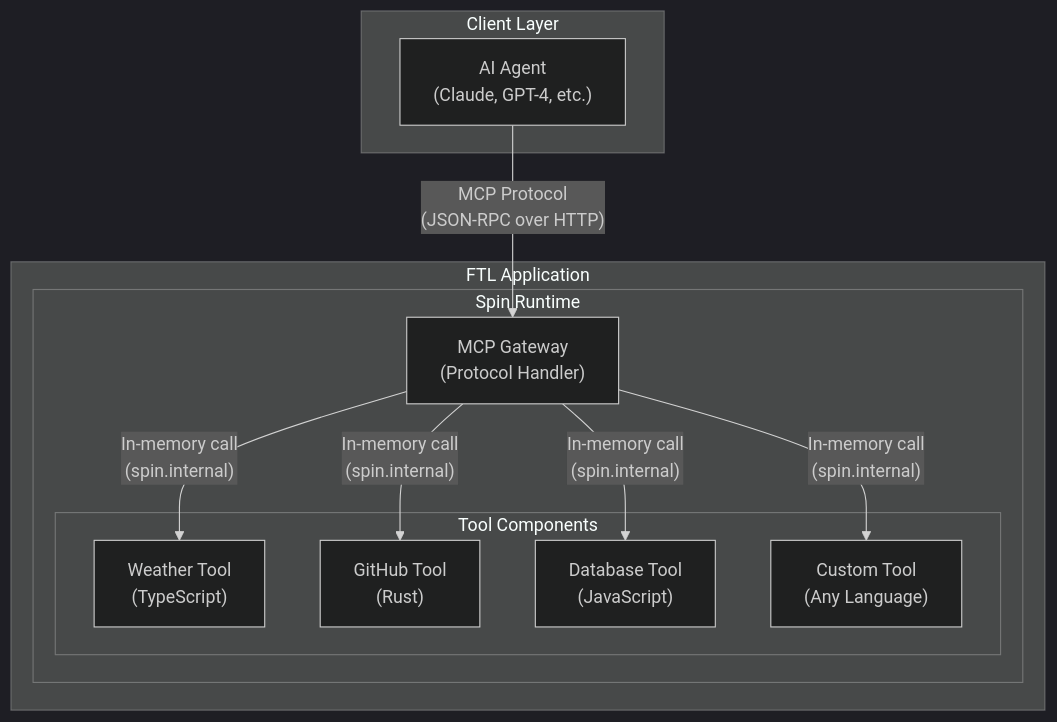
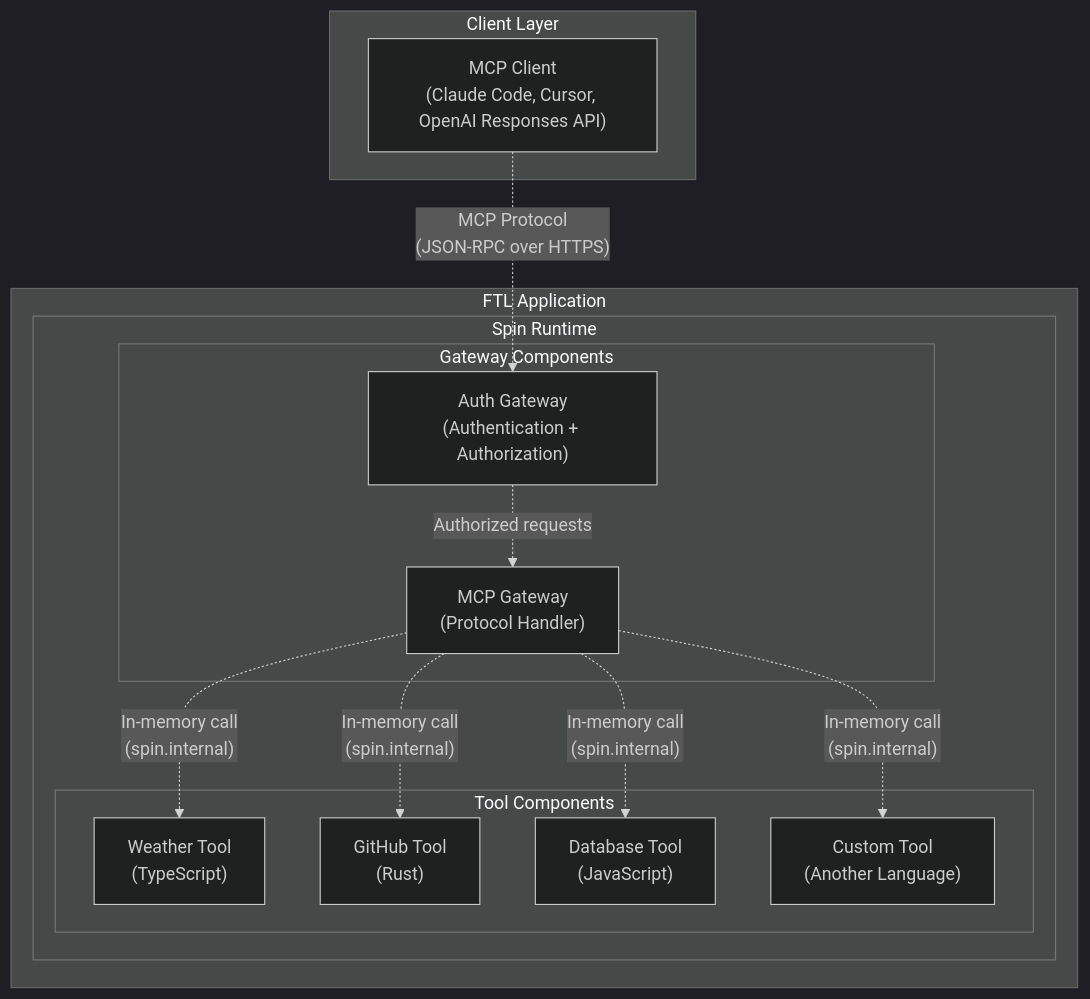
Before and after one commit to fastertools/ftl: the diagram in README.md, drawn with Mermaid (dark theme).

Commit message:
docs: nit readme

````diff
--- a/README.md
+++ b/README.md
@@ -181,25 +181,29 @@
 ```mermaid
 graph TB
     subgraph "Client Layer"
-        Agent["AI Agent<br/>(Claude, GPT-4, etc.)"]
+        Agent["MCP Client<br/>(Claude Code, Cursor, OpenAI Responses API)"]
     end
     
     subgraph "FTL Application" 
         subgraph "Spin Runtime"
-            Gateway["MCP Gateway<br/>(Protocol Handler)"]
+            subgraph "Gateway Components"
+                AuthGateway["Auth Gateway<br/>(Authentication + Authorization)"]
+                MCPGateway["MCP Gateway<br/>(Protocol Handler)"]
+            end
             
             subgraph "Tool Components"
                 Weather["Weather Tool<br/>(TypeScript)"]
                 GitHub["GitHub Tool<br/>(Rust)"]
                 Database["Database Tool<br/>(JavaScript)"]
-                Custom["Custom Tool<br/>(Any Language)"]
+                Custom["Custom Tool<br/>(Another Language)"]
             end
         end
     end
     
-    Agent -->|"MCP Protocol<br/>(JSON-RPC over HTTP)"| Gateway
-    Gateway -->|"In-memory call<br/>(spin.internal)"| Weather
-    Gateway -->|"In-memory call<br/>(spin.internal)"| GitHub
-    Gateway -->|"In-memory call<br/>(spin.internal)"| Database
-    Gateway -->|"In-memory call<br/>(spin.internal)"| Custom
+    Agent -.->|"MCP Protocol<br/>(JSON-RPC over HTTPS)"| AuthGateway
+    AuthGateway -.->|"Authorized requests"| MCPGateway
+    MCPGateway -.->|"In-memory call<br/>(spin.internal)"| Weather
+    MCPGateway -.->|"In-memory call<br/>(spin.internal)"| GitHub
+    MCPGateway -.->|"In-memory call<br/>(spin.internal)"| Database
+    MCPGateway -.->|"In-memory call<br/>(spin.internal)"| Custom
 ```
````
